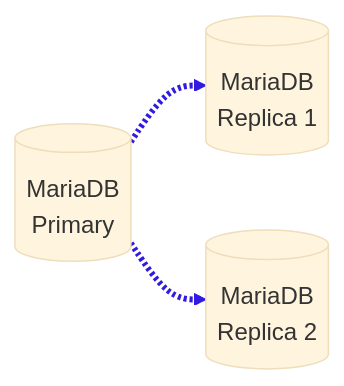
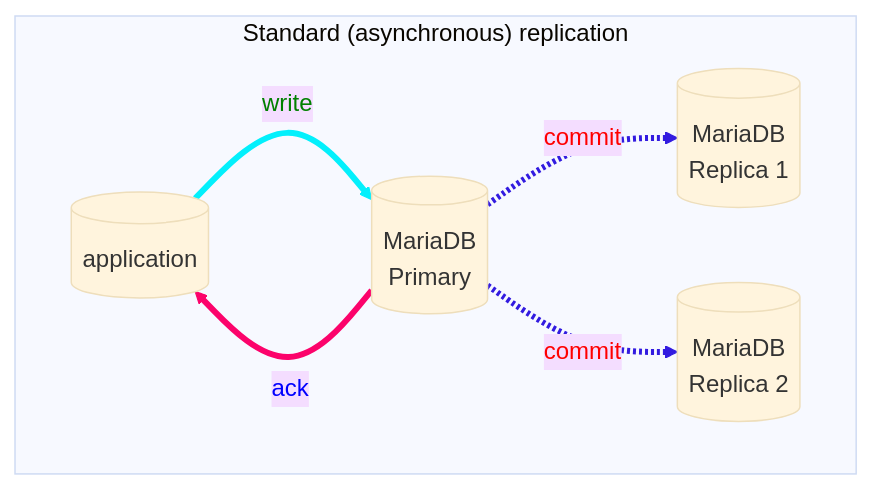
One commit to an3l/mariadb.org-tools changed the first of 7 diagrams in anel/semisync-blog/semisync-blog.md. Above: the diagram before and after it, drawn with Mermaid (base theme). The commit also changed other lines of this file and 6 other files, not shown here.

````diff
--- a/anel/semisync-blog/semisync-blog.md
+++ b/anel/semisync-blog/semisync-blog.md
@@ -7,15 +29,20 @@
 ```mermaid
 flowchart LR
-   %% subgraph async["Standard (asynchronous) replication"]
+   subgraph async["Standard (asynchronous) replication"]
         direction LR
         %% Definitions
+        app[("application")]
         primary[("MariaDB\nPrimary")]
         rep1[("MariaDB\nReplica 1")]
         rep2[("MariaDB\nReplica 2")]
 
         %% Connections
-        primary-.->rep1 & rep2
+        primary-.->|commit|rep1 & rep2
+        app-->|write|primary
+        primary-->|ack|app
         %% Style color
         linkStyle 0,1 stroke:#321be0,stroke-width:4px,color:red;
-    %% end
+        linkStyle 2 stroke:#03f0fc,stroke-width:4px,color:green;
+        linkStyle 3 stroke:#fc036b,stroke-width:4px,color:blue;
+   end
 ```
````
